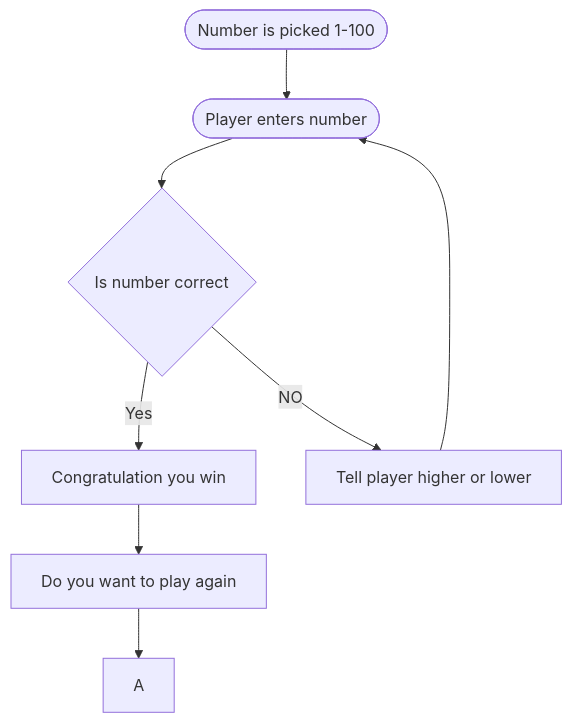
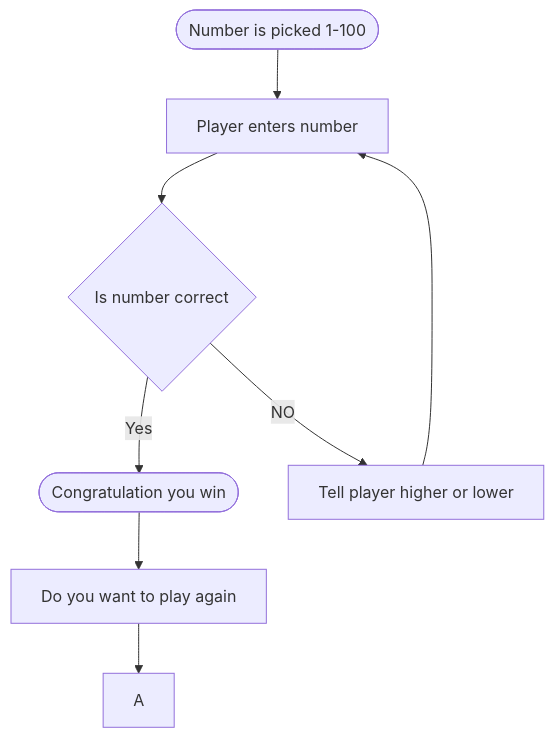
The diagram in Guessing.md (Bleakalmond/bleakalmond.github.io), drawn with Mermaid before and after one commit.

Commit message:
Update Guessing.md
updating mermaid diagram

````diff
--- a/Guessing.md
+++ b/Guessing.md
@@ -1,10 +1,10 @@
 ``` Mermaid
 flowchart TD
-*A(["Number is picked 1-100"]) --> B(["Player enters number"])
+*A(["Number is picked 1-100"]) --> B["Player enters number"]
 B --> C{"Is number correct"}
-C -- Yes --> D["Congratulation you win"]
+C -- Yes --> D(["Congratulation you win"])
 D --> E["Do you want to play again"]
 E --> A
 C -- NO --> F["Tell player higher or lower"]
 F --> B
 ```
````
